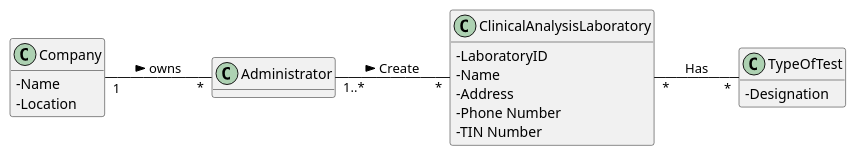
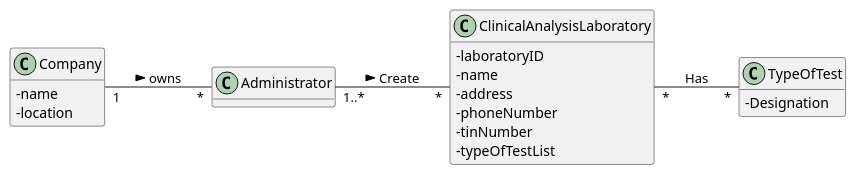
Before and after one commit to GuilhermeCunha79/lapr2: the diagram in docs/SprintB/US8/UC8_MD.puml, drawn with PlantUML. The commit also changed 6 other files, not shown here.

Commit message:
[US-8] Update US8_Update ClinicalAnalysisLaboratoryTest Update Engineering Requisitis and all Diagrams

```diff
--- a/docs/SprintB/US8/UC8_MD.puml
+++ b/docs/SprintB/US8/UC8_MD.puml
@@ -1,34 +1,35 @@
 @startuml
 hide methods
 left to right direction
 skinparam classAttributeIconSize 0
 
 
 class Company {
-  -Name
-  -Location
+  -name
+  -location
 }
 
 class Administrator {
 
 }
 
 class ClinicalAnalysisLaboratory {
-  -LaboratoryID
-  -Name
-  -Address
-  -Phone Number
-  -TIN Number
+  -laboratoryID
+  -name
+  -address
+  -phoneNumber
+  -tinNumber
+  -typeOfTestList
 }
 
 class TypeOfTest {
   -Designation
 }
 
 
 Company "1" -- "*" Administrator : owns >
 Administrator"1..*" -- "*" ClinicalAnalysisLaboratory : Create >
 ClinicalAnalysisLaboratory"*" -- "*" TypeOfTest : Has
 
 
 @enduml
```
